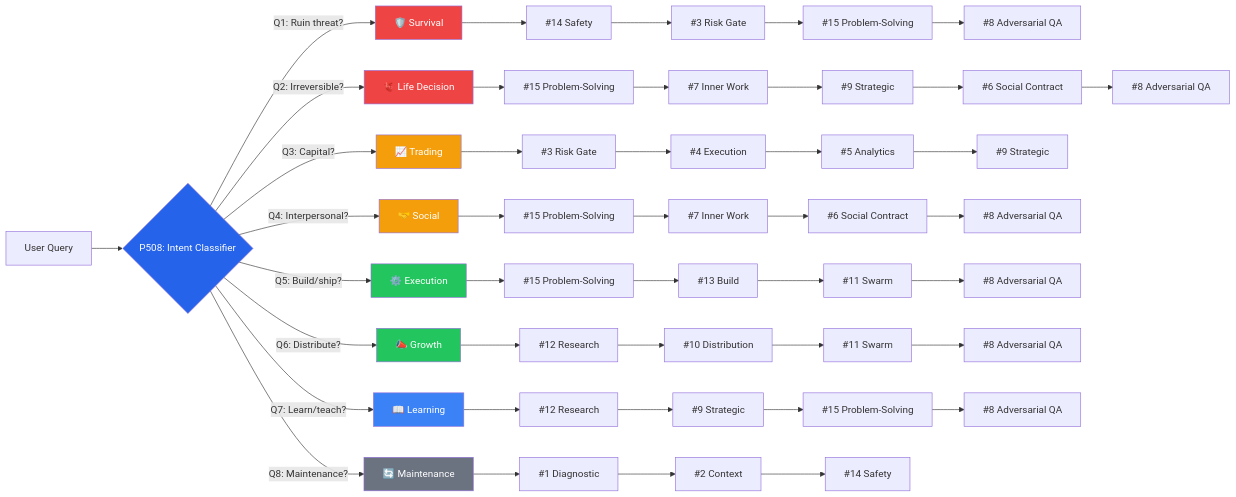
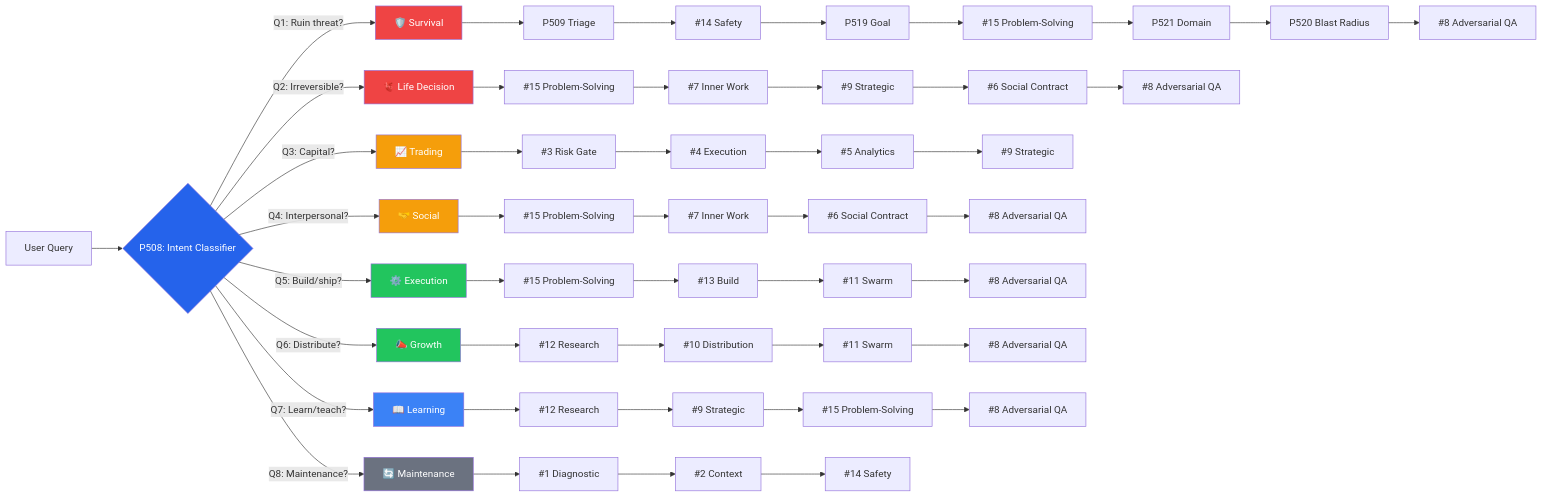
The third of 9 diagrams in docs/ARCHITECTURE.md (agent-memory-atlas-archive/winstonkoh87--Athena-Public), drawn with Mermaid before and after one commit. The commit also changed other lines of this file and 13 other files, not shown here.

````diff
--- a/docs/ARCHITECTURE.md
+++ b/docs/ARCHITECTURE.md
@@ -253,31 +253,31 @@
 ```mermaid
 graph LR
     Q[User Query] --> P508{P508: Intent Classifier}
     P508 --> |"Q1: Ruin threat?"| SUR["🛡️ Survival"]
     P508 --> |"Q2: Irreversible?"| LIFE["🫀 Life Decision"]
     P508 --> |"Q3: Capital?"| TRADE["📈 Trading"]
     P508 --> |"Q4: Interpersonal?"| SOC["🤝 Social"]
     P508 --> |"Q5: Build/ship?"| EXEC["⚙️ Execution"]
     P508 --> |"Q6: Distribute?"| GROW["📣 Growth"]
     P508 --> |"Q7: Learn/teach?"| LEARN["📖 Learning"]
     P508 --> |"Q8: Maintenance?"| MAINT["🔄 Maintenance"]
 
-    SUR --> S14["#14 Safety"] --> S3["#3 Risk Gate"] --> S15["#15 Problem-Solving"] --> S8["#8 Adversarial QA"]
+    SUR --> S509["P509 Triage"] --> S14["#14 Safety"] --> S519["P519 Goal"] --> S15["#15 Problem-Solving"] --> S521["P521 Domain"] --> S520["P520 Blast Radius"] --> S8["#8 Adversarial QA"]
     LIFE --> L15["#15 Problem-Solving"] --> L7["#7 Inner Work"] --> L9["#9 Strategic"] --> L6["#6 Social Contract"] --> L8["#8 Adversarial QA"]
     TRADE --> C3["#3 Risk Gate"] --> C4["#4 Execution"] --> C5["#5 Analytics"] --> C9["#9 Strategic"]
     SOC --> SC15["#15 Problem-Solving"] --> SC7["#7 Inner Work"] --> SC6["#6 Social Contract"] --> SC8["#8 Adversarial QA"]
     EXEC --> E15["#15 Problem-Solving"] --> E13["#13 Build"] --> E11["#11 Swarm"] --> E8["#8 Adversarial QA"]
     GROW --> G12["#12 Research"] --> G10["#10 Distribution"] --> G11["#11 Swarm"] --> G8["#8 Adversarial QA"]
     LEARN --> LN12["#12 Research"] --> LN9["#9 Strategic"] --> LN15["#15 Problem-Solving"] --> LN8["#8 Adversarial QA"]
     MAINT --> M1["#1 Diagnostic"] --> M2["#2 Context"] --> M14["#14 Safety"]
 
     style P508 fill:#2563eb,color:#fff
     style SUR fill:#ef4444,color:#fff
     style LIFE fill:#ef4444,color:#fff
     style TRADE fill:#f59e0b,color:#fff
     style SOC fill:#f59e0b,color:#fff
     style EXEC fill:#22c55e,color:#fff
     style GROW fill:#22c55e,color:#fff
     style LEARN fill:#3b82f6,color:#fff
     style MAINT fill:#6b7280,color:#fff
 ```
````
